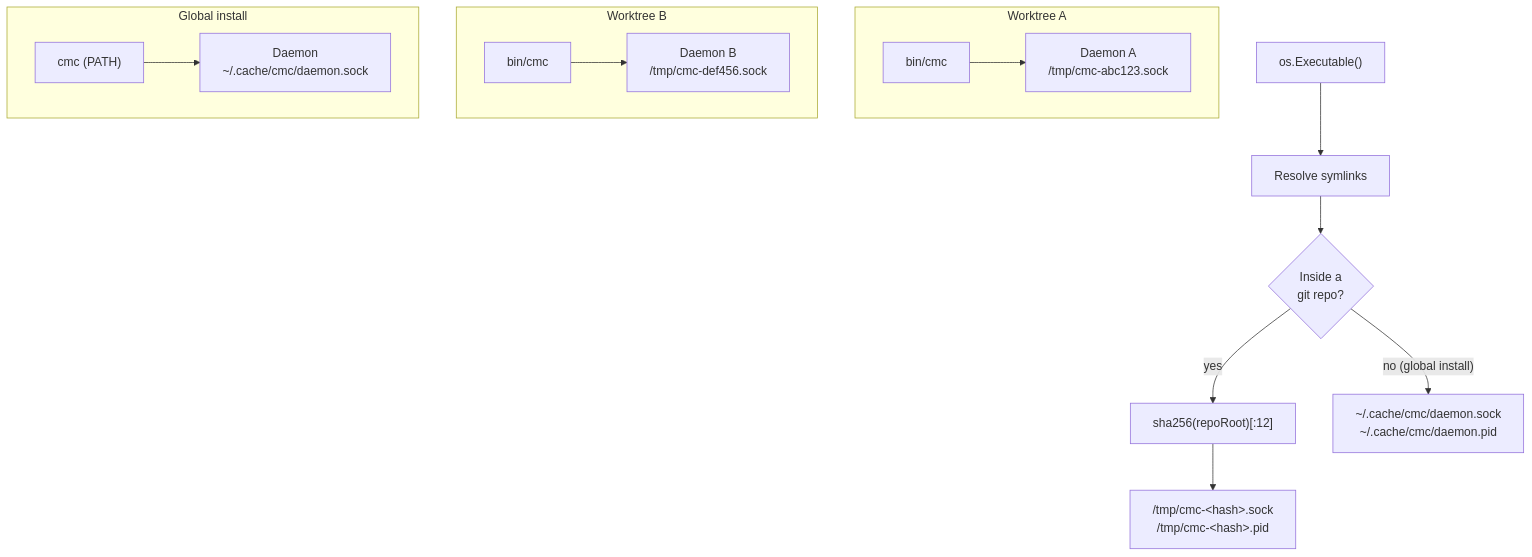
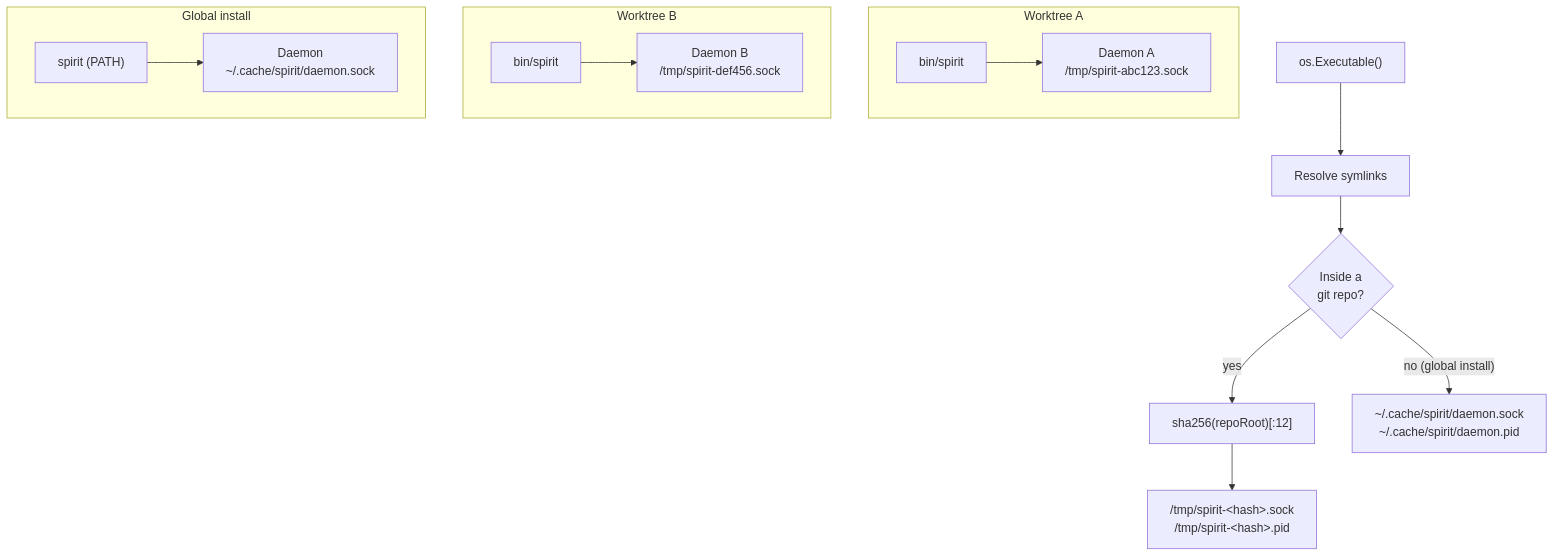
Before and after one commit to huylenq/spirit: the fifth of 8 diagrams in docs/persistence.md, drawn with Mermaid. The commit also changed other lines of this file and 99 other files, not shown here.

First line of the commit message:
refactor: rebrand claude-mission-control/cmc to spirit

````diff
--- a/docs/persistence.md
+++ b/docs/persistence.md
@@ -355,18 +355,18 @@
 ```mermaid
 flowchart TD
     BIN["os.Executable()"] --> SYM["Resolve symlinks"]
     SYM --> GIT{"Inside a<br/>git repo?"}
     GIT -->|"yes"| HASH["sha256(repoRoot)[:12]"]
-    HASH --> TMP["/tmp/cmc-&lt;hash&gt;.sock<br/>/tmp/cmc-&lt;hash&gt;.pid"]
-    GIT -->|"no (global install)"| DEFAULT["~/.cache/cmc/daemon.sock<br/>~/.cache/cmc/daemon.pid"]
+    HASH --> TMP["/tmp/spirit-&lt;hash&gt;.sock<br/>/tmp/spirit-&lt;hash&gt;.pid"]
+    GIT -->|"no (global install)"| DEFAULT["~/.cache/spirit/daemon.sock<br/>~/.cache/spirit/daemon.pid"]
 
     subgraph "Worktree A"
-        WA["bin/cmc"] --> DA["Daemon A<br/>/tmp/cmc-abc123.sock"]
+        WA["bin/spirit"] --> DA["Daemon A<br/>/tmp/spirit-abc123.sock"]
     end
     subgraph "Worktree B"
-        WB["bin/cmc"] --> DB["Daemon B<br/>/tmp/cmc-def456.sock"]
+        WB["bin/spirit"] --> DB["Daemon B<br/>/tmp/spirit-def456.sock"]
     end
     subgraph "Global install"
-        WG["cmc (PATH)"] --> DG["Daemon<br/>~/.cache/cmc/daemon.sock"]
+        WG["spirit (PATH)"] --> DG["Daemon<br/>~/.cache/spirit/daemon.sock"]
     end
 ```
````
